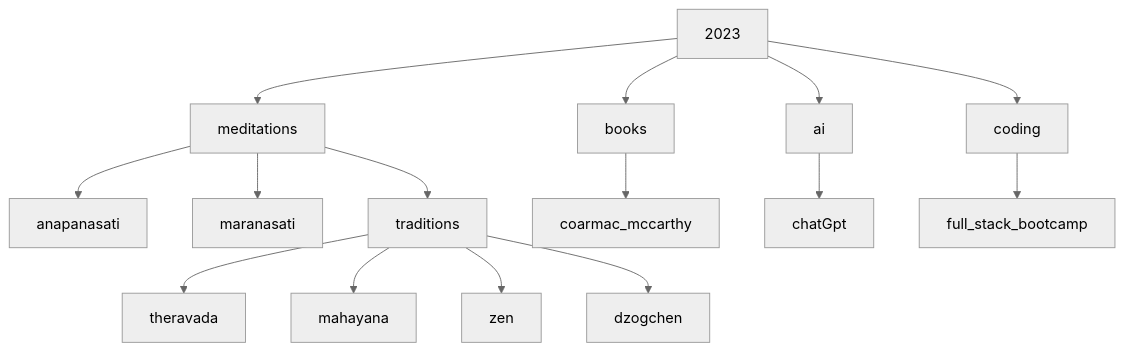
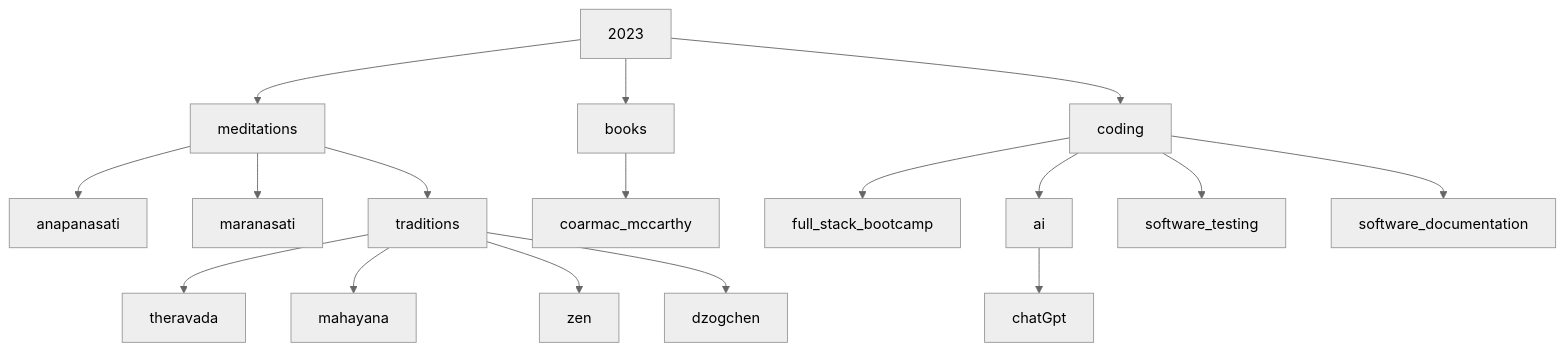
The diagram in docs/index.md (shane0/shane0.github.io), drawn with Mermaid (neutral theme) before and after one commit. The commit also changed other lines of this file and 10 other files, not shown here.

````diff
--- a/docs/index.md
+++ b/docs/index.md
@@ -20,15 +72,17 @@
 ```mermaid
 graph
 2023 --> books 
 2023 --> meditations
 meditations --> anapanasati
 meditations --> maranasati 
 meditations --> traditions 
 traditions --> theravada 
 traditions --> mahayana 
 traditions --> zen
 traditions --> dzogchen 
 books --> coarmac_mccarthy 
-2023 --> ai --> chatGpt
 2023 --> coding --> full_stack_bootcamp 
+coding --> ai --> chatGpt
+coding --> software_testing 
+coding --> software_documentation
 ```
````
